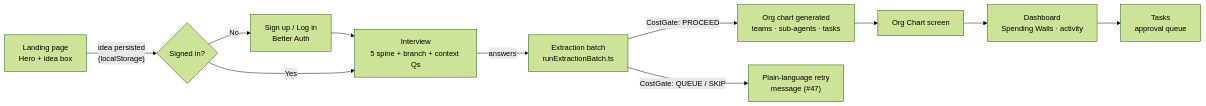
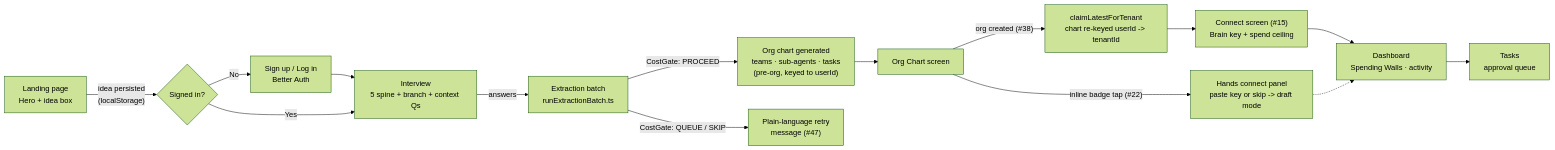
One commit to veltrixnextgen-arch/byok-business-autopilot changed the second of 5 diagrams in docs/architecture/system-architecture.md. Above: the diagram before and after it, drawn with Mermaid (forest theme). The commit also changed other lines of this file and 1 other file, not shown here.

First line of the commit message:
Regenerate system-architecture.md through PR #94/#95/#96; require regen on trust-core/data-model/flow PRs

````diff
--- a/docs/architecture/system-architecture.md
+++ b/docs/architecture/system-architecture.md
@@ -79,13 +81,17 @@
 ```mermaid
 flowchart LR
     A["Landing page\nHero + idea box"] -->|"idea persisted\n(localStorage)"| B{"Signed in?"}
     B -- No --> C["Sign up / Log in\nBetter Auth"]
     C --> D["Interview\n5 spine + branch + context Qs"]
     B -- Yes --> D
     D -->|answers| E["Extraction batch\nrunExtractionBatch.ts"]
-    E -->|"CostGate: PROCEED"| F["Org chart generated\nteams · sub-agents · tasks"]
+    E -->|"CostGate: PROCEED"| F["Org chart generated\nteams · sub-agents · tasks\n(pre-org, keyed to userId)"]
     E -->|"CostGate: QUEUE / SKIP"| G["Plain-language retry\nmessage (#47)"]
-    F --> H["Org Chart screen"]
-    H --> I["Dashboard\nSpending Walls · activity"]
-    I --> J["Tasks\napproval queue"]
+    F --> OC["Org Chart screen"]
+    OC -->|"org created (#38)"| CLAIM["claimLatestForTenant\nchart re-keyed userId -> tenantId"]
+    CLAIM --> CONNECT["Connect screen (#15)\nBrain key + spend ceiling"]
+    OC -->|"inline badge tap (#22)"| HANDS["Hands connect panel\npaste key or skip -> draft mode"]
+    CONNECT --> H["Dashboard\nSpending Walls · activity"]
+    HANDS -.-> H
+    H --> J["Tasks\napproval queue"]
 ```
````
